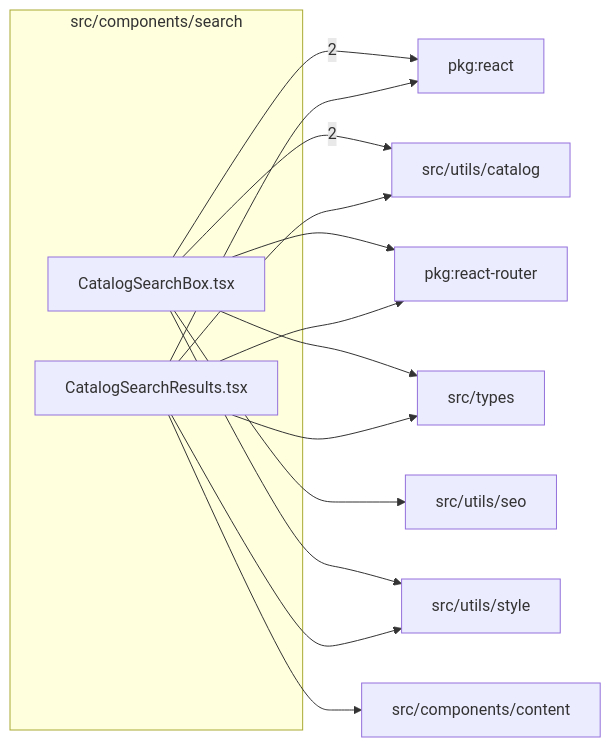
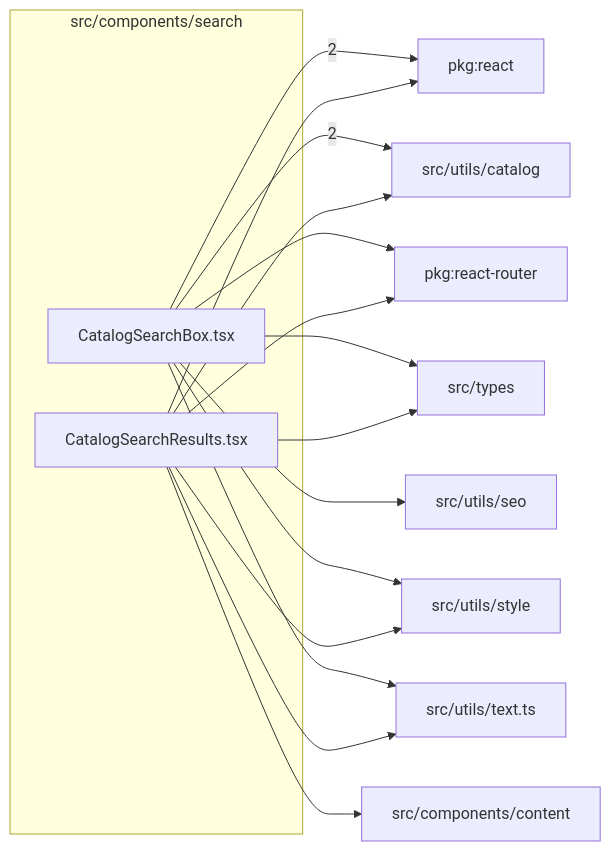
Before and after one commit to ronbuening/LensVisualizer: the diagram in src/components/search/readme.md, drawn with Mermaid. The commit also changed other lines of this file and 20 other files, not shown here.

````diff
--- a/src/components/search/readme.md
+++ b/src/components/search/readme.md
@@ -9,26 +9,29 @@
 ```mermaid
 flowchart LR
   subgraph n_src_components_search["src/components/search"]
     n_src_components_search_src_components_search_CatalogSearchBox_tsx["CatalogSearchBox.tsx"]
     n_src_components_search_src_components_search_CatalogSearchResults_tsx["CatalogSearchResults.tsx"]
   end
   n_external_pkg_react["pkg:react"]
   n_external_src_utils_catalog["src/utils/catalog"]
   n_external_pkg_react_router["pkg:react-router"]
   n_external_src_components_content["src/components/content"]
   n_external_src_types["src/types"]
   n_external_src_utils_seo["src/utils/seo"]
   n_external_src_utils_style["src/utils/style"]
+  n_external_src_utils_text_ts["src/utils/text.ts"]
   n_src_components_search_src_components_search_CatalogSearchBox_tsx --> |2| n_external_pkg_react
   n_src_components_search_src_components_search_CatalogSearchBox_tsx --> |2| n_external_src_utils_catalog
   n_src_components_search_src_components_search_CatalogSearchResults_tsx --> n_external_pkg_react
   n_src_components_search_src_components_search_CatalogSearchBox_tsx --> n_external_pkg_react_router
   n_src_components_search_src_components_search_CatalogSearchResults_tsx --> n_external_pkg_react_router
   n_src_components_search_src_components_search_CatalogSearchResults_tsx --> n_external_src_components_content
   n_src_components_search_src_components_search_CatalogSearchBox_tsx --> n_external_src_types
   n_src_components_search_src_components_search_CatalogSearchResults_tsx --> n_external_src_types
   n_src_components_search_src_components_search_CatalogSearchResults_tsx --> n_external_src_utils_catalog
   n_src_components_search_src_components_search_CatalogSearchBox_tsx --> n_external_src_utils_seo
   n_src_components_search_src_components_search_CatalogSearchBox_tsx --> n_external_src_utils_style
   n_src_components_search_src_components_search_CatalogSearchResults_tsx --> n_external_src_utils_style
+  n_src_components_search_src_components_search_CatalogSearchBox_tsx --> n_external_src_utils_text_ts
+  n_src_components_search_src_components_search_CatalogSearchResults_tsx --> n_external_src_utils_text_ts
 ```
````
